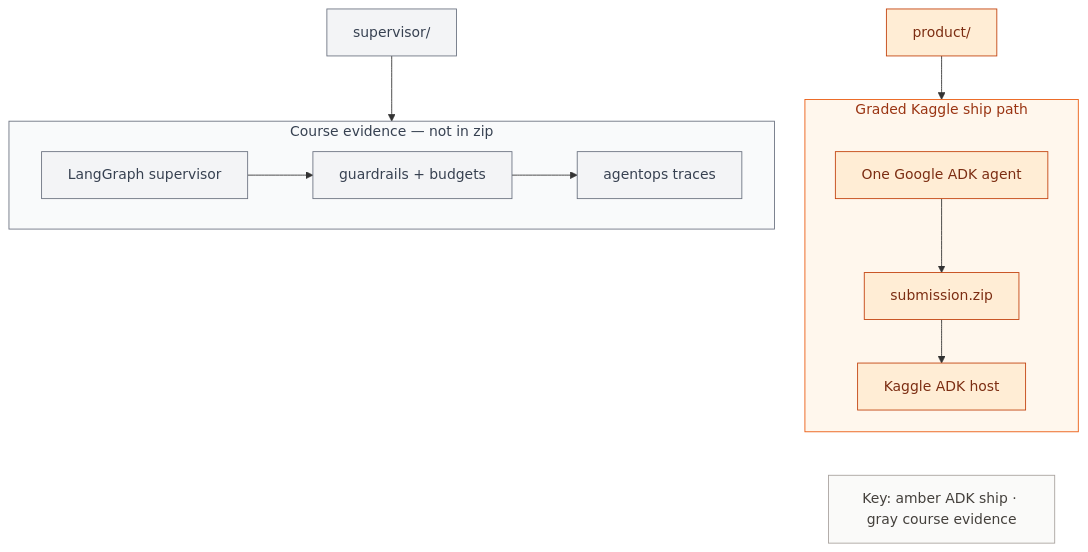
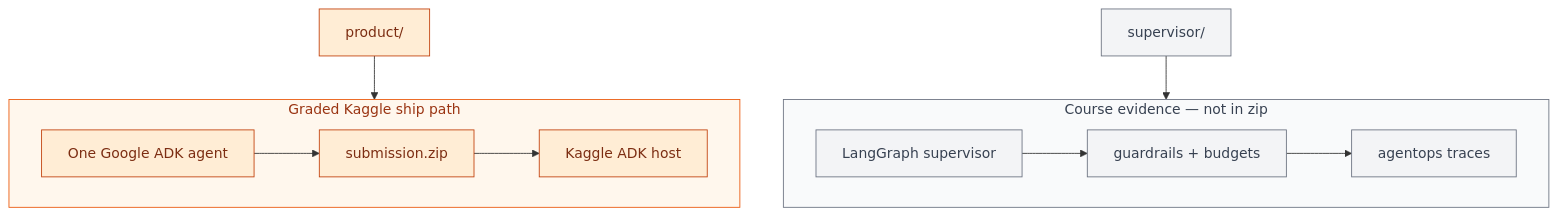
The first of 2 diagrams in docs/wiki/Requirements-Compliance.md (khaosans/noisegate-gemma4-factory), drawn with Mermaid before and after one commit. The commit also changed other lines of this file and 4 other files, not shown here.

First line of the commit message:
docs: drop Mermaid Key/Legend nodes entirely

````diff
--- a/docs/wiki/Requirements-Compliance.md
+++ b/docs/wiki/Requirements-Compliance.md
@@ -41,28 +41,24 @@
 ```mermaid
 flowchart TB
   subgraph Ship["Graded Kaggle ship path"]
     ADK[One Google ADK agent] --> Zip[submission.zip]
     Zip --> Host[Kaggle ADK host]
   end
 
   subgraph Course["Course evidence — not in zip"]
     LG[LangGraph supervisor]
     GR[guardrails + budgets]
     AO[agentops traces]
     LG --> GR --> AO
   end
 
   ProductCfg[product/] --> Ship
   Supervisor[supervisor/] --> Course
 
-  Key["Key: amber ADK ship · gray course evidence"]
-  Host ~~~ Key
-
   classDef product fill:#FFEDD5,stroke:#C2410C,color:#7C2D12
   classDef course fill:#F3F4F6,stroke:#6B7280,color:#374151
   class ADK,Zip,Host,ProductCfg product
   class LG,GR,AO,Supervisor course
   style Ship fill:#FFF7ED,stroke:#EA580C,color:#9A3412
   style Course fill:#F9FAFB,stroke:#6B7280,color:#374151
-  style Key fill:#FAFAF9,stroke:#A8A29E,color:#44403C
 ```
````
